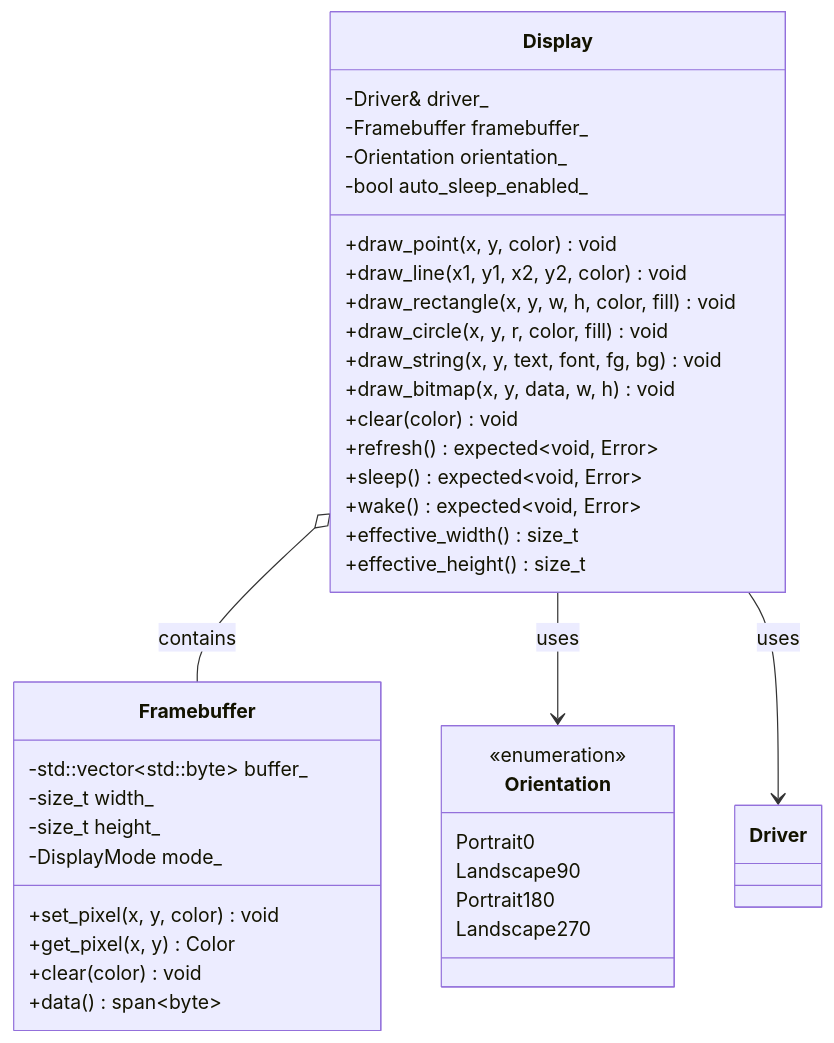
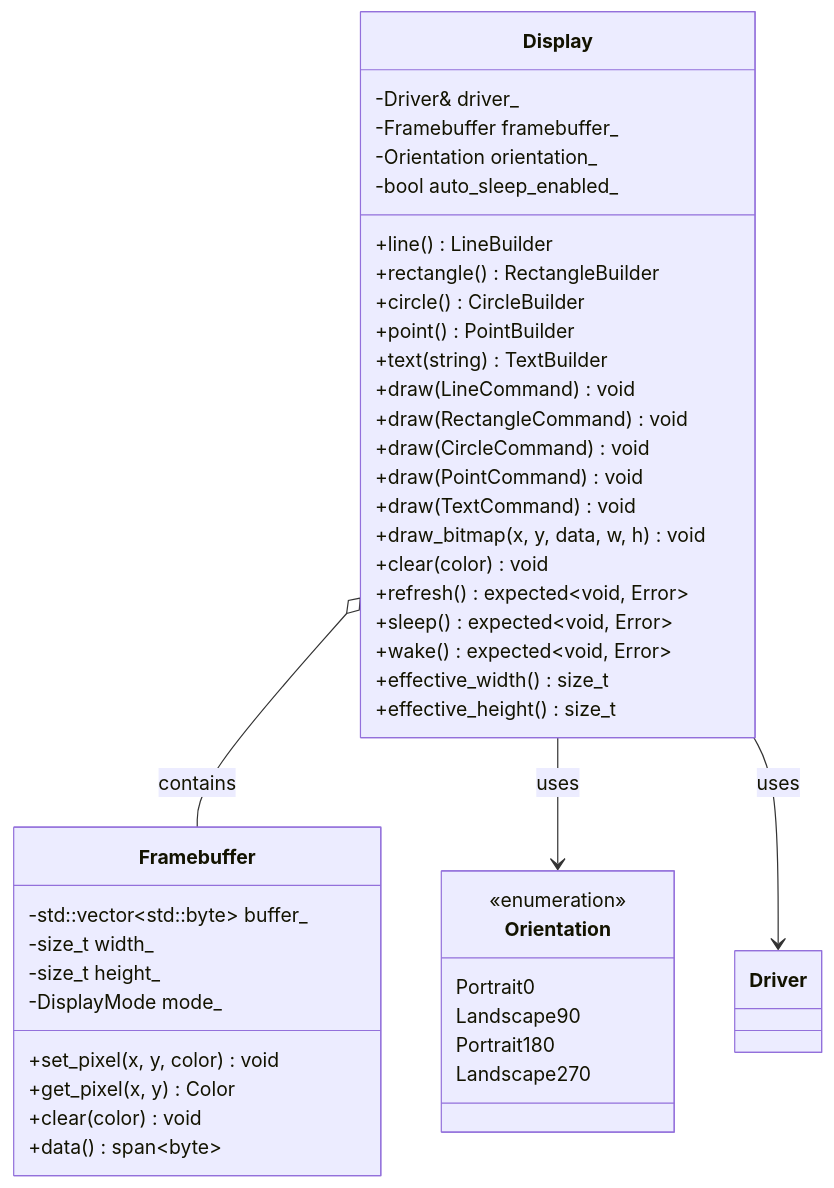
Before and after one commit to johanns/libepaper: the fourth of 12 diagrams in docs/ARCHITECTURE.md, drawn with Mermaid. The commit also changed other lines of this file and 6 other files, not shown here.

````diff
--- a/docs/ARCHITECTURE.md
+++ b/docs/ARCHITECTURE.md
@@ -205,44 +205,49 @@
 ```mermaid
 classDiagram
     class Display {
         -Driver& driver_
         -Framebuffer framebuffer_
         -Orientation orientation_
         -bool auto_sleep_enabled_
-        +draw_point(x, y, color) void
-        +draw_line(x1, y1, x2, y2, color) void
-        +draw_rectangle(x, y, w, h, color, fill) void
-        +draw_circle(x, y, r, color, fill) void
-        +draw_string(x, y, text, font, fg, bg) void
+        +line() LineBuilder
+        +rectangle() RectangleBuilder
+        +circle() CircleBuilder
+        +point() PointBuilder
+        +text(string) TextBuilder
+        +draw(LineCommand) void
+        +draw(RectangleCommand) void
+        +draw(CircleCommand) void
+        +draw(PointCommand) void
+        +draw(TextCommand) void
         +draw_bitmap(x, y, data, w, h) void
         +clear(color) void
         +refresh() expected~void, Error~
         +sleep() expected~void, Error~
         +wake() expected~void, Error~
         +effective_width() size_t
         +effective_height() size_t
     }
 
     class Framebuffer {
         -std::vector~std::byte~ buffer_
         -size_t width_
         -size_t height_
         -DisplayMode mode_
         +set_pixel(x, y, color) void
         +get_pixel(x, y) Color
         +clear(color) void
         +data() span~byte~
     }
 
     class Orientation {
         <<enumeration>>
         Portrait0
         Landscape90
         Portrait180
         Landscape270
     }
 
     Display o-- Framebuffer : contains
     Display --> Orientation : uses
     Display --> Driver : uses
 ```
````
